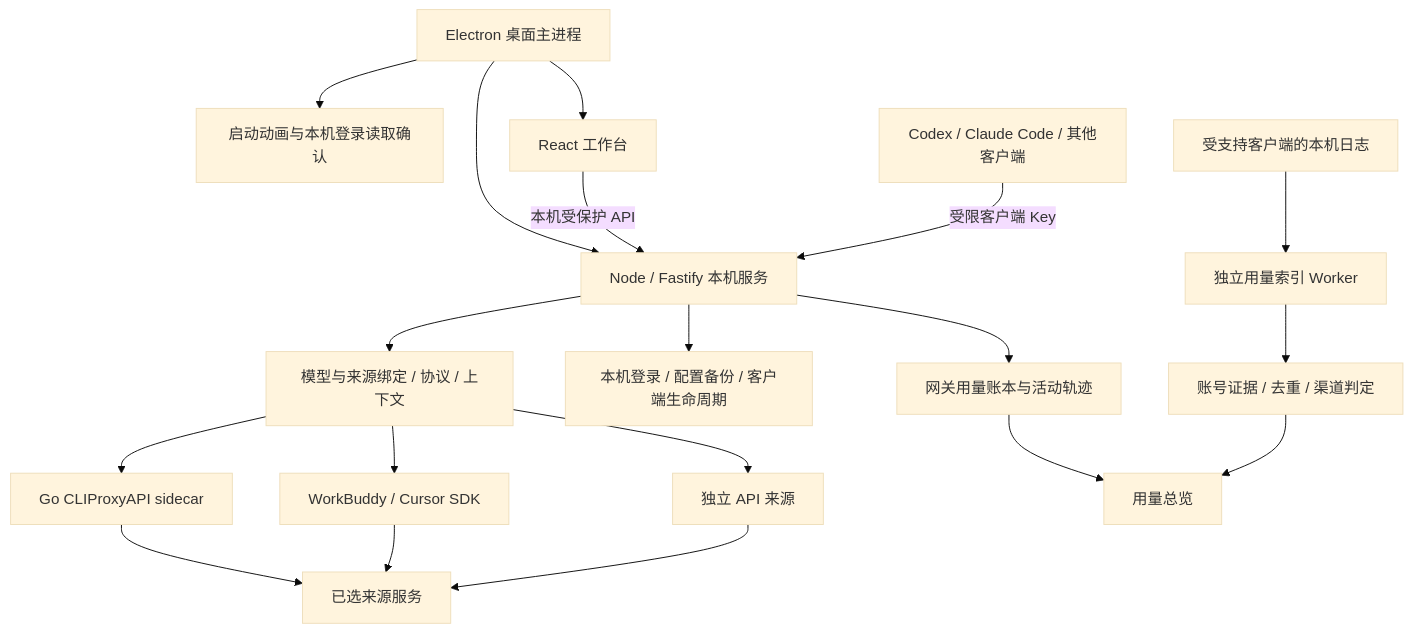
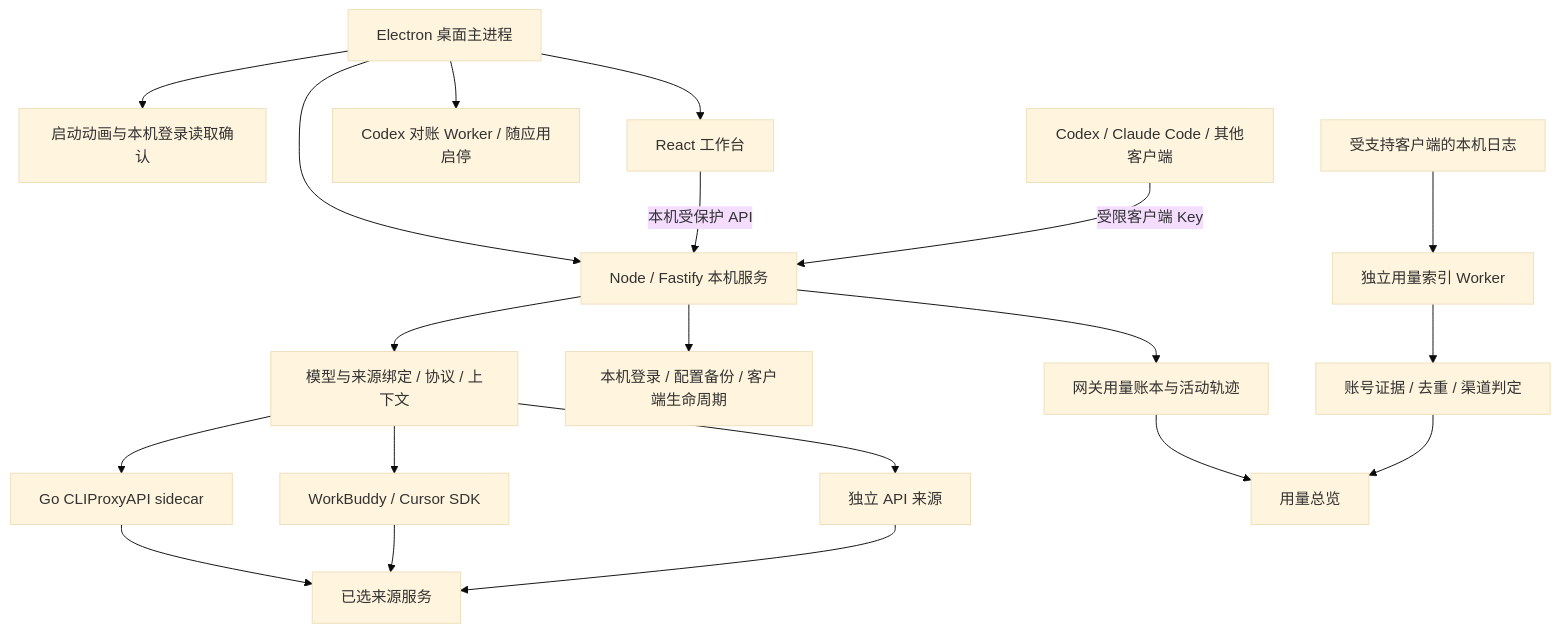
One commit to Xts-spec/TokenFlow changed the diagram in doc/architecture.md. Above: the diagram before and after it, drawn with Mermaid (base theme). The commit also changed other lines of this file and 19 other files, not shown here.

First line of the commit message:
feat(desktop): 随 TokenFlow 启停 Codex 对账记录并按账号续记

````diff
--- a/doc/architecture.md
+++ b/doc/architecture.md
@@ -9,21 +9,22 @@
 ```mermaid
 flowchart TB
   desktop[Electron 桌面主进程] --> startup[启动动画与本机登录读取确认]
   desktop --> service[Node / Fastify 本机服务]
   desktop --> console[React 工作台]
+  desktop --> reconciliation[Codex 对账 Worker / 随应用启停]
   console -->|本机受保护 API| service
   clients[Codex / Claude Code / 其他客户端] -->|受限客户端 Key| service
   service --> routing[模型与来源绑定 / 协议 / 上下文]
   routing --> sidecar[Go CLIProxyAPI sidecar]
   routing --> sdk[WorkBuddy / Cursor SDK]
   routing --> api[独立 API 来源]
   sidecar --> providers[已选来源服务]
   sdk --> providers
   api --> providers
   service --> config[本机登录 / 配置备份 / 客户端生命周期]
   service --> gatewayUsage[网关用量账本与活动轨迹]
   logs[受支持客户端的本机日志] --> worker[独立用量索引 Worker]
   worker --> attribution[账号证据 / 去重 / 渠道判定]
   gatewayUsage --> overview[用量总览]
   attribution --> overview
 ```
````
